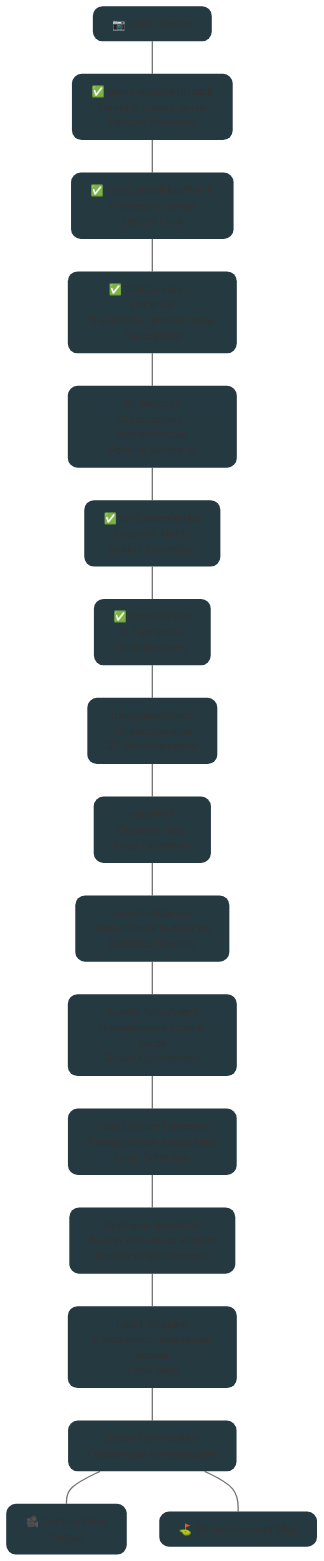
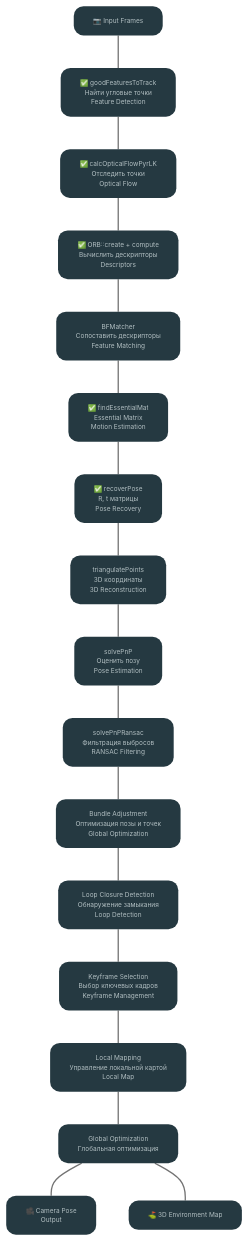
Before and after one commit to alexcubor/Yadviga-SLAM: the diagram in README.md, drawn with Mermaid.

Commit message:
Update size nodes

````diff
--- a/README.md
+++ b/README.md
@@ -9,75 +9,76 @@
 ```mermaid
+%%{init: {'theme': 'base', 'themeVariables': { 'fontSize': '12px', 'fontFamily': 'arial' }}}%%
 graph TD
     %% Input Node
     A["📷 Input Frames"]
     
     %% Feature Detection
     B["✅ goodFeaturesToTrack<br/>Найти угловые точки<br/>Feature Detection"]
     
     %% Optical Flow
     C["✅ calcOpticalFlowPyrLK<br/>Отследить точки<br/>Optical Flow"]
     
     %% Descriptors
     D["✅ ORB::create + compute<br/>Вычислить дескрипторы<br/>Descriptors"]
     
     %% Feature Matching
     E["BFMatcher<br/>Сопоставить дескрипторы<br/>Feature Matching"]
     
     %% Motion Estimation
     F["✅ findEssentialMat<br/>Essential Matrix<br/>Motion Estimation"]
     
     %% Pose Recovery
     G["✅ recoverPose<br/>R, t матрицы<br/>Pose Recovery"]
     
     %% 3D Reconstruction
     H["triangulatePoints<br/>3D координаты<br/>3D Reconstruction"]
     
     %% Pose Estimation
     I["solvePnP<br/>Оценить позу<br/>Pose Estimation"]
     
     %% RANSAC Filtering
     J["solvePnPRansac<br/>Фильтрация выбросов<br/>RANSAC Filtering"]
     
     %% Bundle Adjustment
     K["Bundle Adjustment<br/>Оптимизация позы и точек<br/>Global Optimization"]
     
     %% Loop Closure Detection
     L["Loop Closure Detection<br/>Обнаружение замыкания<br/>Loop Detection"]
     
     %% Keyframe Selection
     M["Keyframe Selection<br/>Выбор ключевых кадров<br/>Keyframe Management"]
     
     %% Local Mapping
     N["Local Mapping<br/>Управление локальной картой<br/>Local Map"]
     
     %% Global Optimization
     O["Global Optimization<br/>Глобальная оптимизация"]
     
     %% Output
     P["🎥 Camera Pose<br/>Output"]
     Q["⛳️ 3D Environment Map"]
     
     %% Linear pipeline flow
     A --- B
     B --- C
     C --- D
     D --- E
     E --- F
     F --- G
     G --- H
     H --- I
     I --- J
     J --- K
     K --- L
     L --- M
     M --- N
     N --- O
     O --- P
     O --- Q
     
     %% Unified styling for all nodes
-    classDef default fill:#253941, stroke-width:0, rx:15,ry:15
+    classDef default fill:#253941, stroke-width:0, rx:15,ry:15,font-size:10px,color:#b2bfc2
     
     %% Styling for arrows
     linkStyle default stroke:#737373,stroke-width:2px
 ```
````
